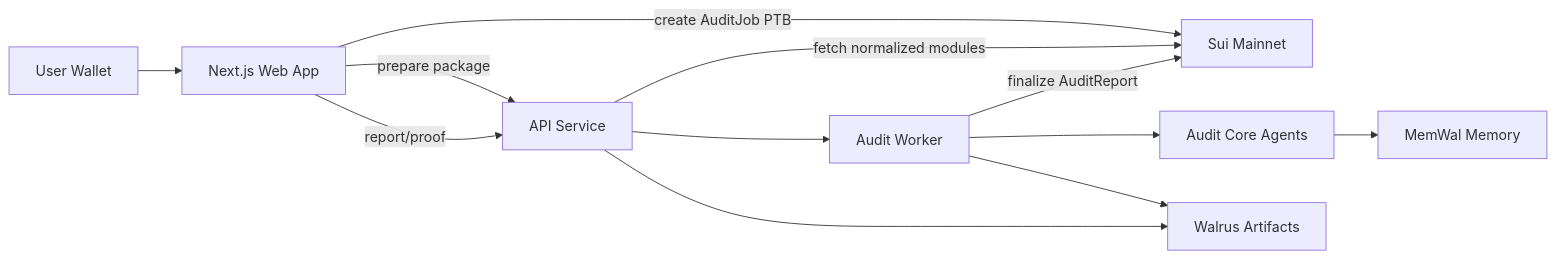
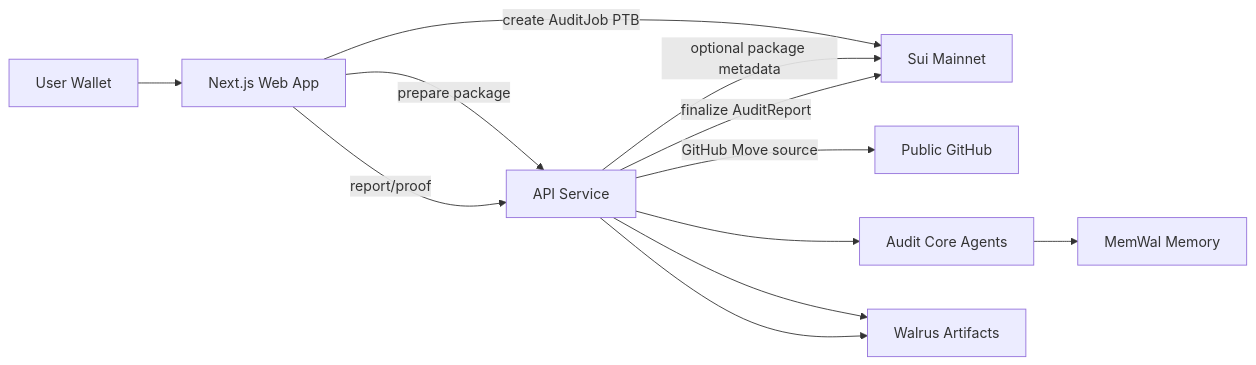
The diagram in README.md (kezuflow/tuskscan), drawn with Mermaid before and after one commit. The commit also changed other lines of this file and 7 other files, not shown here.

Commit message:
Refresh project docs for current architecture

````diff
--- a/README.md
+++ b/README.md
@@ -38,14 +38,14 @@
 ```mermaid
 flowchart LR
   User["User Wallet"] --> Web["Next.js Web App"]
   Web -->|"prepare package"| API["API Service"]
   Web -->|"create AuditJob PTB"| Sui["Sui Mainnet"]
-  API -->|"fetch normalized modules"| Sui
-  API --> Worker["Audit Worker"]
-  Worker --> Core["Audit Core Agents"]
+  API -->|"GitHub Move source"| GitHub["Public GitHub"]
+  API -->|"optional package metadata"| Sui
+  API --> Core["Audit Core Agents"]
   Core --> Memory["MemWal Memory"]
-  Worker --> Walrus["Walrus Artifacts"]
-  Worker -->|"finalize AuditReport"| Sui
+  API --> Walrus["Walrus Artifacts"]
+  API -->|"finalize AuditReport"| Sui
   Web -->|"report/proof"| API
   API --> Walrus
 ```
````
